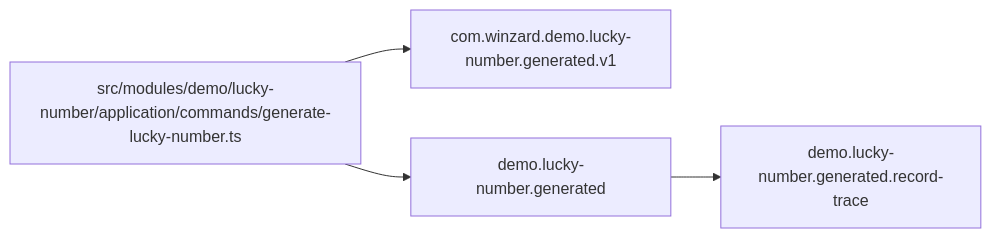
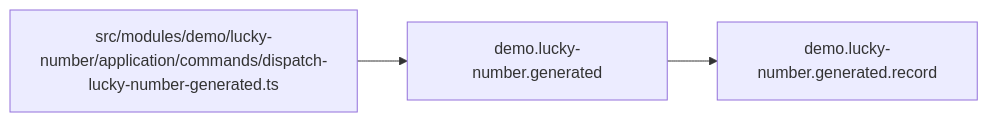
One commit to hornyakr/winzard changed the diagram in apps/reference/docs/90-generated/events/event-graph.md. Above: the diagram before and after it, drawn with Mermaid. The commit also changed other lines of this file and 98 other files, not shown here.

````diff
--- a/apps/reference/docs/90-generated/events/event-graph.md
+++ b/apps/reference/docs/90-generated/events/event-graph.md
@@ -8,6 +8,5 @@
 ```mermaid
 graph LR
-  src_modules_demo_lucky_number_application_commands_generate_lucky_number_ts["src/modules/demo/lucky-number/application/commands/generate-lucky-number.ts"] --> com_winzard_demo_lucky_number_generated_v1["com.winzard.demo.lucky-number.generated.v1"]
-  src_modules_demo_lucky_number_application_commands_generate_lucky_number_ts["src/modules/demo/lucky-number/application/commands/generate-lucky-number.ts"] --> demo_lucky_number_generated["demo.lucky-number.generated"]
-  demo_lucky_number_generated --> demo_lucky_number_generated_record_trace["demo.lucky-number.generated.record-trace"]
+  src_modules_demo_lucky_number_application_commands_dispatch_lucky_number_generated_ts["src/modules/demo/lucky-number/application/commands/dispatch-lucky-number-generated.ts"] --> demo_lucky_number_generated["demo.lucky-number.generated"]
+  demo_lucky_number_generated --> demo_lucky_number_generated_record["demo.lucky-number.generated.record"]
 ```
````
